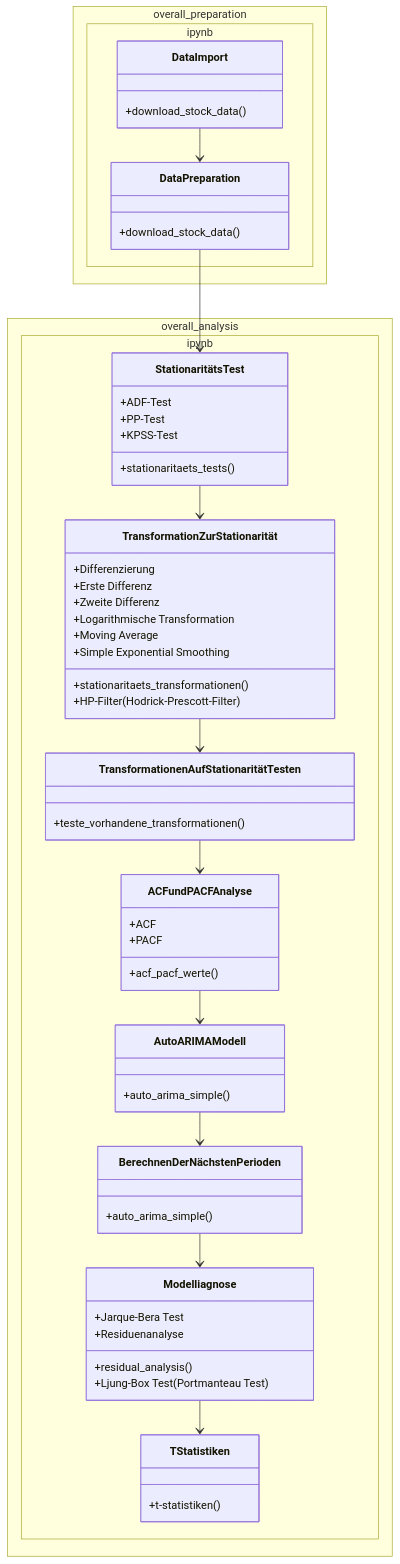
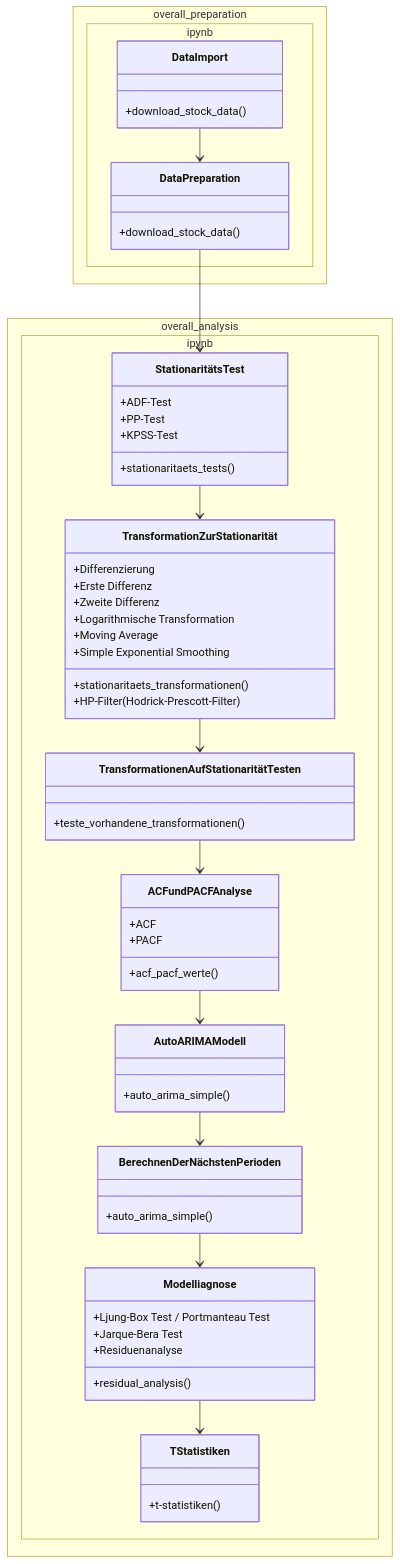
Before and after one commit to kaihuf/THWS_Reihenanalysen: the diagram in docs/Prozess_darstellung.md, drawn with Mermaid.

Commit message:
fix(Prozess_darstellung): anpassen der darstellung

````diff
--- a/docs/Prozess_darstellung.md
+++ b/docs/Prozess_darstellung.md
@@ -1,73 +1,73 @@
 ```mermaid
 classDiagram
 
     namespace overall_preparation.ipynb {
         class DataImport {
             +download_stock_data()
         }
         
         class DataPreparation {
             +download_stock_data()
         }
     }
     
     namespace overall_analysis.ipynb {
         class StationaritätsTest {
             +stationaritaets_tests()
             +ADF-Test
             +PP-Test
             +KPSS-Test
         }
         
         class TransformationZurStationarität {
             +stationaritaets_transformationen()
             +Differenzierung
             +Erste Differenz
             +Zweite Differenz
             +Logarithmische Transformation
             +Moving Average
+            +HP-Filter (Hodrick-Prescott-Filter)
             +Simple Exponential Smoothing
-            +HP-Filter (Hodrick-Prescott-Filter)
         }
         
         class TransformationenAufStationaritätTesten {
             +teste_vorhandene_transformationen()
         }
         
         class ACFundPACFAnalyse {
             +acf_pacf_werte()
             +ACF
             +PACF
         }
         
         class AutoARIMAModell {
             +auto_arima_simple()
         }
         
         class BerechnenDerNächstenPerioden {
             +auto_arima_simple()
         }
         
         class Modelliagnose {
             +residual_analysis()
-            +Ljung-Box Test (Portmanteau Test)
+            +Ljung-Box Test / Portmanteau Test
             +Jarque-Bera Test
             +Residuenanalyse
         }
         
         class TStatistiken {
             +t-statistiken()
         }
     }
     
     %% Verbindungen
     DataImport --> DataPreparation
     DataPreparation --> StationaritätsTest
     StationaritätsTest --> TransformationZurStationarität
     TransformationZurStationarität --> TransformationenAufStationaritätTesten
     TransformationenAufStationaritätTesten --> ACFundPACFAnalyse
     ACFundPACFAnalyse --> AutoARIMAModell
     AutoARIMAModell --> BerechnenDerNächstenPerioden
     BerechnenDerNächstenPerioden --> Modelliagnose
     Modelliagnose --> TStatistiken
 ```
````
